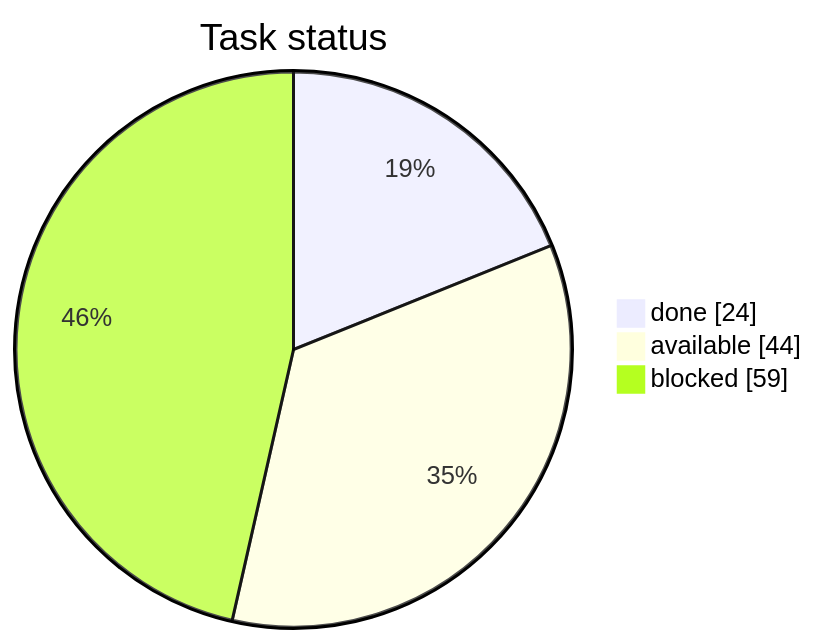
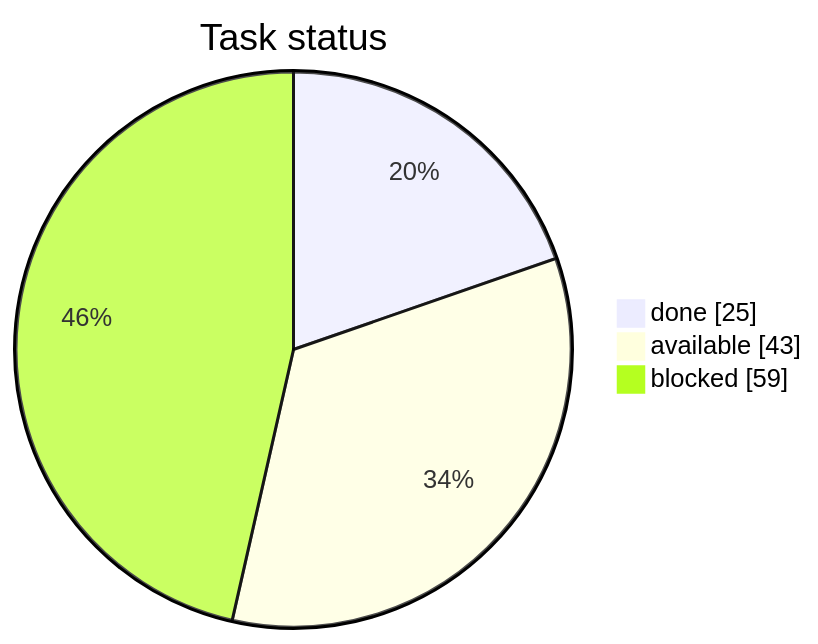
One commit to artemiiShabanov/RallyRivals changed the first of 3 diagrams in STATUS.md. Above: the diagram before and after it, drawn with Mermaid. The commit also changed other lines of this file and 4 other files, not shown here.

````diff
--- a/STATUS.md
+++ b/STATUS.md
@@ -7,7 +7,7 @@
 ```mermaid
 pie showData
     title Task status
-    "done" : 24
-    "available" : 44
+    "done" : 25
+    "available" : 43
     "blocked" : 59
 ```
````
